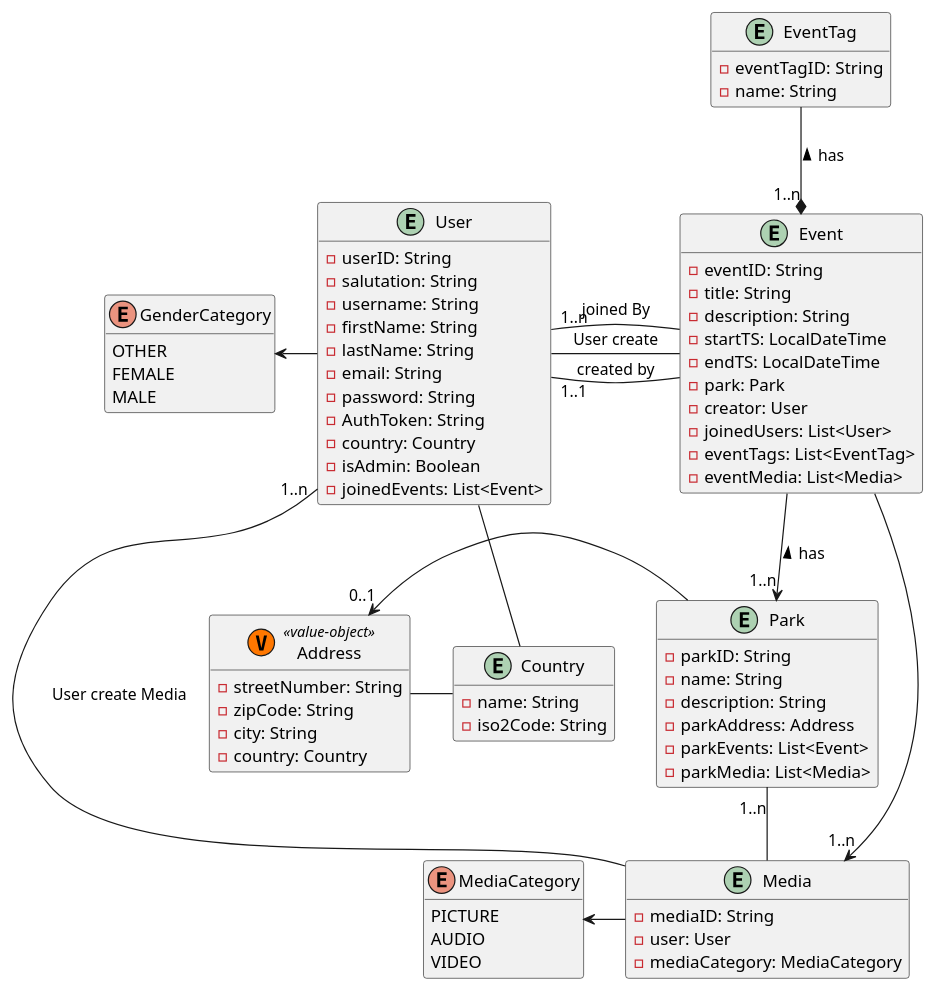
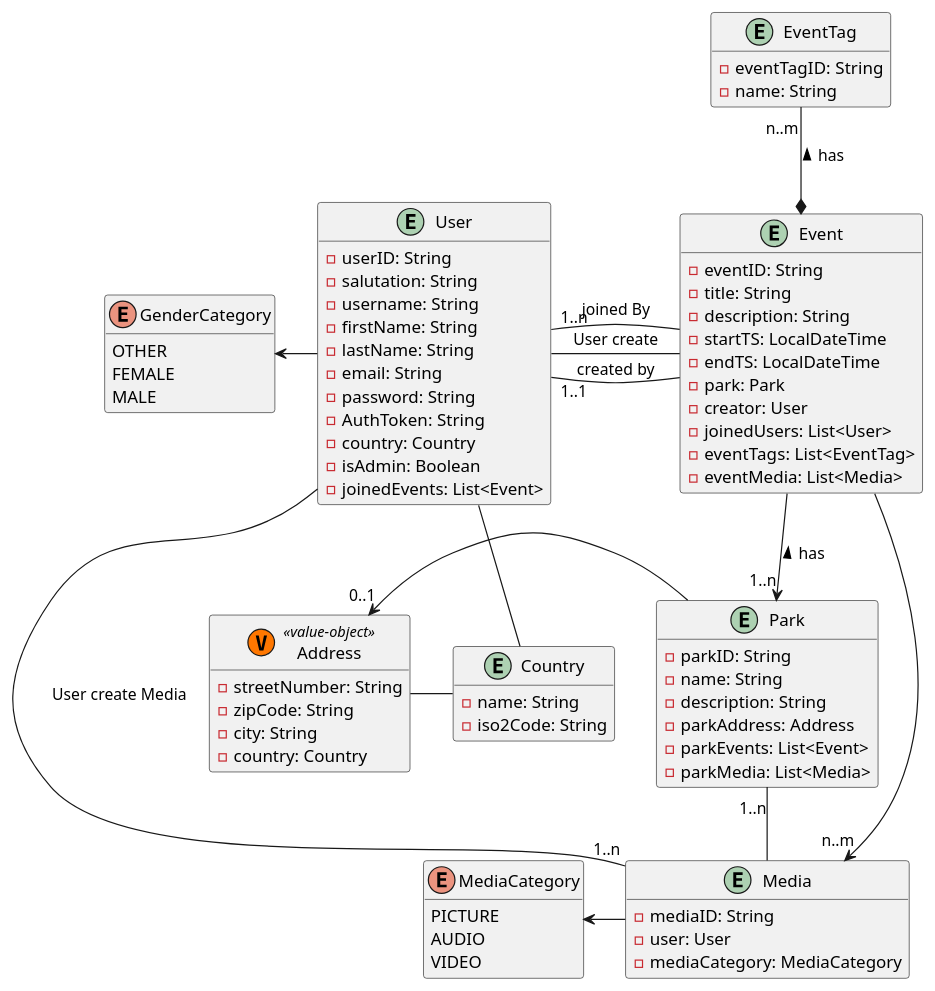
The diagram in uml/domain.puml (Lucaww23e013/ParkPal_Backend), drawn with PlantUML before and after one commit. The commit also changed 7 other files, not shown here.

Commit message:
update to ManyToMany Annotation. Change to Users as a table. Delete CountryServiceTest. Delete event from EventTag

```diff
--- a/uml/domain.puml
+++ b/uml/domain.puml
@@ -1,92 +1,92 @@
 @startuml
 'https://plantuml.com/class-diagram
 
 hide empty methods
 
 entity User {
     - userID: String
     - salutation: String
     - username: String
     - firstName: String
     - lastName: String
     - email: String
     - password: String
     - AuthToken: String
     - country: Country
     - isAdmin: Boolean
     - joinedEvents: List<Event>
 }
 
 enum GenderCategory {
     OTHER
     FEMALE
     MALE
 }
 
 entity Event {
     - eventID: String
     - title: String
     - description: String
     - startTS: LocalDateTime
     - endTS: LocalDateTime
     - park: Park
     - creator: User
     - joinedUsers: List<User>
     - eventTags: List<EventTag>
     - eventMedia: List<Media>
 }
 
 entity EventTag {
     - eventTagID: String
     - name: String
 }
 
 entity Media {
     - mediaID: String
     - user: User
     - mediaCategory: MediaCategory
 }
 
 enum MediaCategory {
     PICTURE
     AUDIO
     VIDEO
 }
 
 entity Park {
     - parkID: String
     - name: String
     - description: String
     - parkAddress: Address
     - parkEvents: List<Event>
     - parkMedia: List<Media>
 }
 
 class Address <<(V, #FF7700) value-object>> {
     - streetNumber: String
     - zipCode: String
     - city: String
     - country: Country
 }
 
 entity Country {
     - name: String
     - iso2Code: String
 }
 
 User "1..1" -- Event : created by
 Event -[hidden]- User
 Event --> "1..n" Park : has <
 Event -left- "1..n" User : joined By
-EventTag --* "1..n" Event : has <
-Media "1..n" <-- Event
-User "1..n" -- Media : User create Media
+EventTag "n..m" --* Event : has <
+Media "n..m" <-- Event
+User -- "1..n" Media  : User create Media
 User -- Event : User create
 Park "1..n" -- Media
 User -- Country
 Address - Country
 Park -left> "0..1" Address
 Media -left-> MediaCategory
 User -left> GenderCategory
 
 @enduml
```
